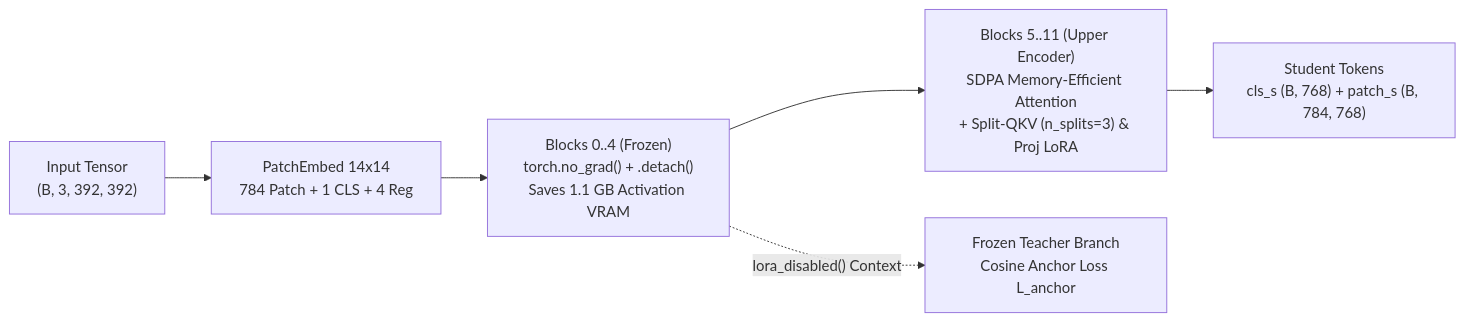
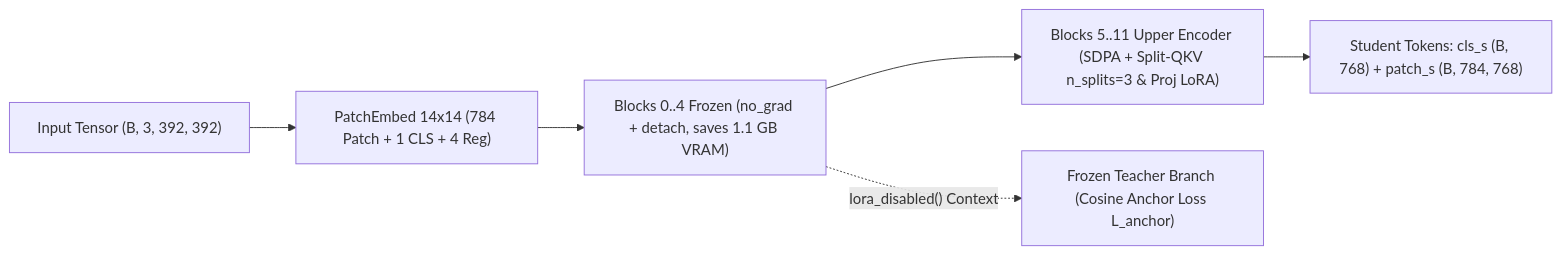
Before and after one commit to ahmadZMVD/FGVC-IR8: the third of 5 diagrams in README.fa.md, drawn with Mermaid. The commit also changed other lines of this file and 1 other file, not shown here.

````diff
--- a/README.fa.md
+++ b/README.fa.md
@@ -299,8 +284,8 @@
 ```mermaid
 flowchart LR
-    IMG["Input Tensor<br/>(B, 3, 392, 392)"] --> PE["PatchEmbed 14x14<br/>784 Patch + 1 CLS + 4 Reg"]
-    PE --> B04["Blocks 0..4 (Frozen)<br/>torch.no_grad() + .detach()<br/>Saves 1.1 GB Activation VRAM"]
-    B04 --> B511["Blocks 5..11 (Upper Encoder)<br/>SDPA Memory-Efficient Attention<br/>+ Split-QKV (n_splits=3) & Proj LoRA"]
-    B04 -.->|"lora_disabled() Context"| TCH["Frozen Teacher Branch<br/>Cosine Anchor Loss L_anchor"]
-    B511 --> OUT["Student Tokens<br/>cls_s (B, 768) + patch_s (B, 784, 768)"]
+    IMG["Input Tensor (B, 3, 392, 392)"] --> PE["PatchEmbed 14x14 (784 Patch + 1 CLS + 4 Reg)"]
+    PE --> B04["Blocks 0..4 Frozen (no_grad + detach, saves 1.1 GB VRAM)"]
+    B04 --> B511["Blocks 5..11 Upper Encoder (SDPA + Split-QKV n_splits=3 & Proj LoRA)"]
+    B04 -.->|"lora_disabled() Context"| TCH["Frozen Teacher Branch (Cosine Anchor Loss L_anchor)"]
+    B511 --> OUT["Student Tokens: cls_s (B, 768) + patch_s (B, 784, 768)"]
 ```
````
